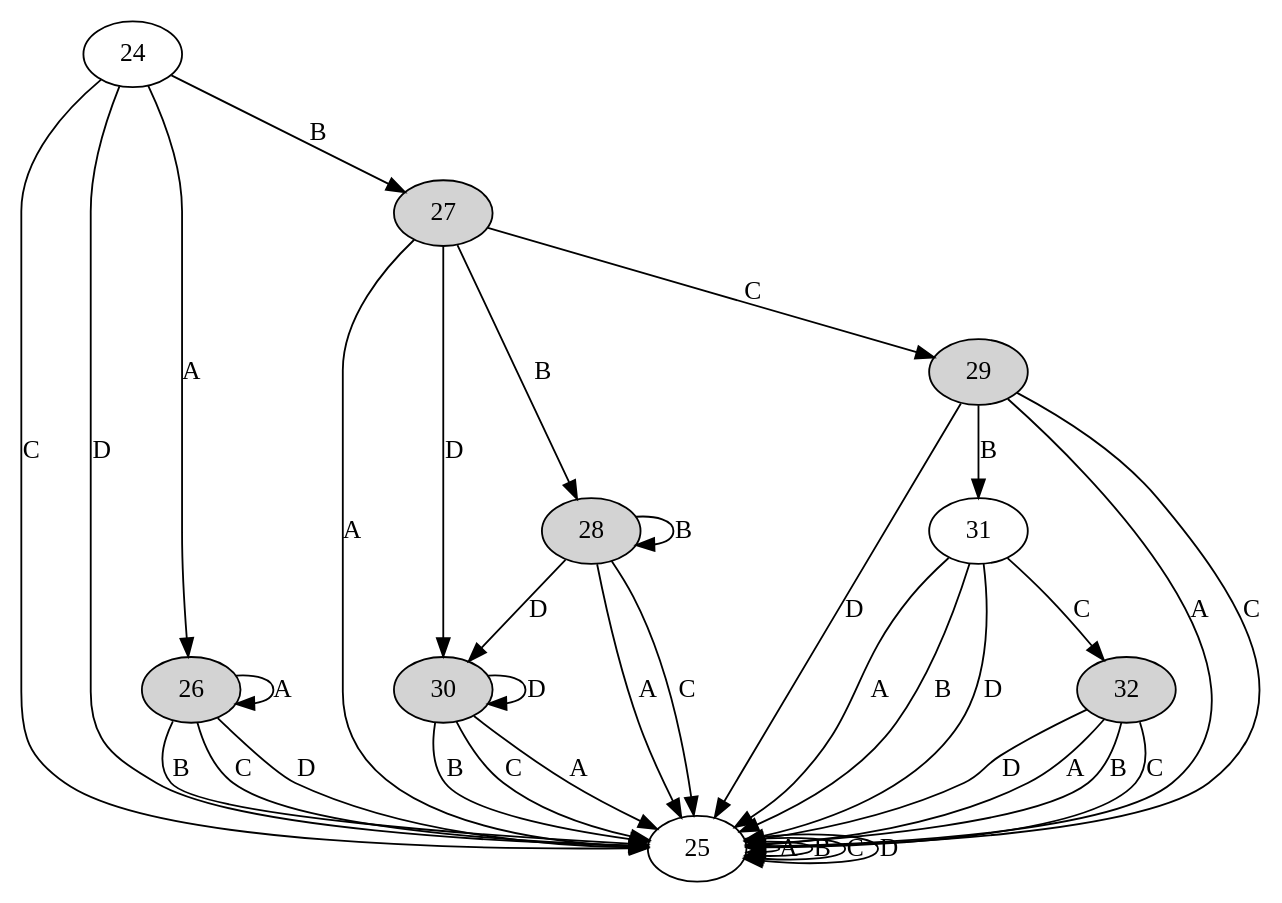
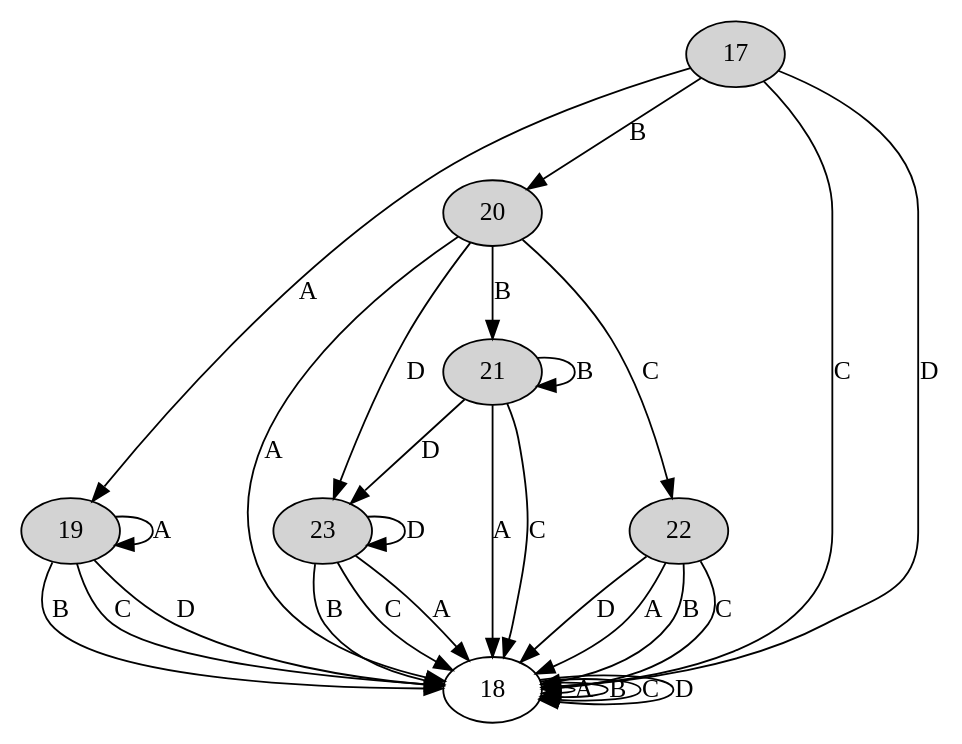
The diagram in dotsource.dot (MitchLira/FEUP-COMP), drawn with Graphviz before and after one commit. The commit also changed 4 other files, not shown here.

```diff
--- a/dotsource.dot
+++ b/dotsource.dot
@@ -1,2 +1,2 @@
 digraph G {
-32[style=filled]32->25[label=A];32->25[label=B];32->25[label=C];32->25[label=D];24->26[label=A];24->27[label=B];24->25[label=C];24->25[label=D];25->25[label=A];25->25[label=B];25->25[label=C];25->25[label=D];26[style=filled]26->26[label=A];26->25[label=B];26->25[label=C];26->25[label=D];27[style=filled]27->25[label=A];27->28[label=B];27->29[label=C];27->30[label=D];28[style=filled]28->25[label=A];28->28[label=B];28->25[label=C];28->30[label=D];29[style=filled]29->25[label=A];29->31[label=B];29->25[label=C];29->25[label=D];30[style=filled]30->25[label=A];30->25[label=B];30->25[label=C];30->30[label=D];31->25[label=A];31->25[label=B];31->32[label=C];31->25[label=D];}
+17[style=filled]17->19[label=A];17->20[label=B];17->18[label=C];17->18[label=D];18->18[label=A];18->18[label=B];18->18[label=C];18->18[label=D];19[style=filled]19->19[label=A];19->18[label=B];19->18[label=C];19->18[label=D];20[style=filled]20->18[label=A];20->21[label=B];20->22[label=C];20->23[label=D];21[style=filled]21->18[label=A];21->21[label=B];21->18[label=C];21->23[label=D];22[style=filled]22->18[label=A];22->18[label=B];22->18[label=C];22->18[label=D];23[style=filled]23->18[label=A];23->18[label=B];23->18[label=C];23->23[label=D];}
```
